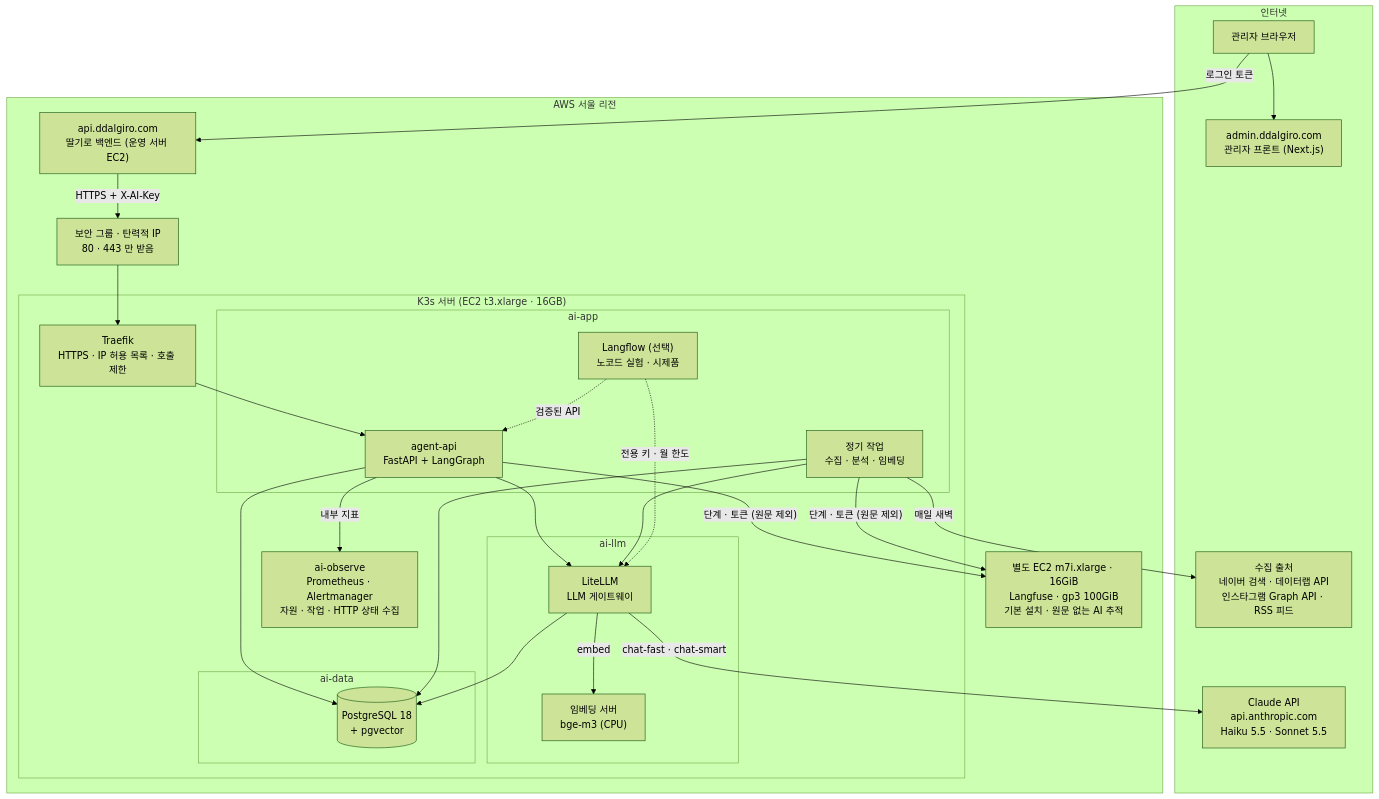
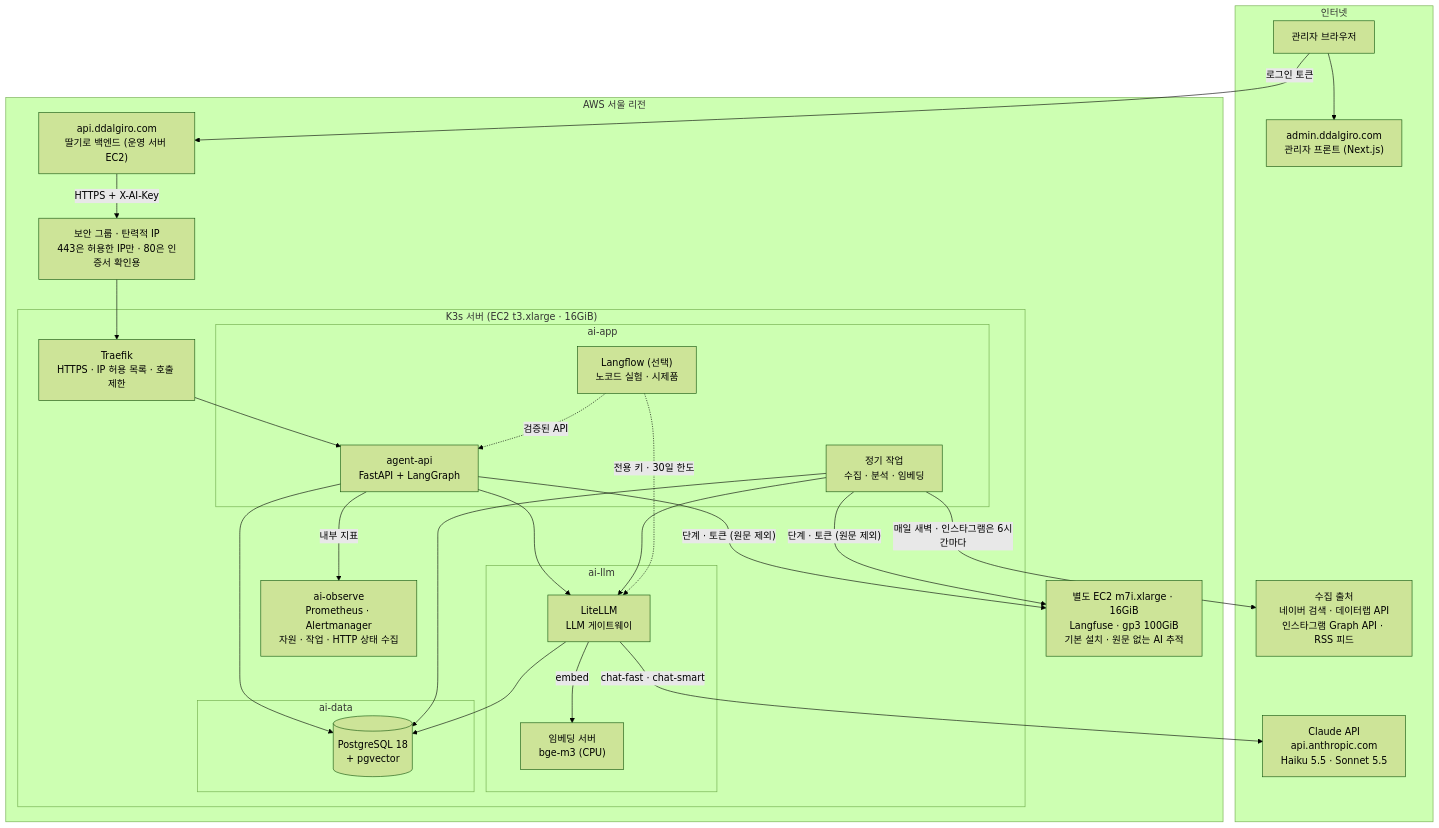
The diagram in docs/00-개요/01-전체-구성-한눈에-보기.md (hsw4606/ddalgiro-ai-agent), drawn with Mermaid (forest theme) before and after one commit. The commit also changed other lines of this file and 31 other files, not shown here.

````diff
--- a/docs/00-개요/01-전체-구성-한눈에-보기.md
+++ b/docs/00-개요/01-전체-구성-한눈에-보기.md
@@ -42,48 +42,48 @@
 ```mermaid
 flowchart TB
     subgraph NET["인터넷"]
         BR["관리자 브라우저"]
         ADM["admin.ddalgiro.com<br/>관리자 프론트 (Next.js)"]
         NAVER["수집 출처<br/>네이버 검색 · 데이터랩 API<br/>인스타그램 Graph API · RSS 피드"]
         CLAUDE["Claude API<br/>api.anthropic.com<br/>Haiku 5.5 · Sonnet 5.5"]
     end
 
     subgraph AWS["AWS 서울 리전"]
         API["api.ddalgiro.com<br/>딸기로 백엔드 (운영 서버 EC2)"]
         TRACE["별도 EC2 m7i.xlarge · 16GiB<br/>Langfuse · gp3 100GiB<br/>기본 설치 · 원문 없는 AI 추적"]
-        SG["보안 그룹 · 탄력적 IP<br/>80 · 443 만 받음"]
-        subgraph K3S["K3s 서버 (EC2 t3.xlarge · 16GB)"]
+        SG["보안 그룹 · 탄력적 IP<br/>443은 허용한 IP만 · 80은 인증서 확인용"]
+        subgraph K3S["K3s 서버 (EC2 t3.xlarge · 16GiB)"]
             TR["Traefik<br/>HTTPS · IP 허용 목록 · 호출 제한"]
             subgraph APP["ai-app"]
                 AG["agent-api<br/>FastAPI + LangGraph"]
                 JOB["정기 작업<br/>수집 · 분석 · 임베딩"]
                 LF["Langflow (선택)<br/>노코드 실험 · 시제품"]
             end
             subgraph LLM["ai-llm"]
                 LL["LiteLLM<br/>LLM 게이트웨이"]
                 TEI["임베딩 서버<br/>bge-m3 (CPU)"]
             end
             OBS["ai-observe<br/>Prometheus · Alertmanager<br/>자원 · 작업 · HTTP 상태 수집"]
             subgraph DATA["ai-data"]
                 PG[("PostgreSQL 18<br/>+ pgvector")]
             end
         end
     end
 
     BR --> ADM
     BR -- "로그인 토큰" --> API
     API -- "HTTPS + X-AI-Key" --> SG --> TR --> AG
     AG -- "단계 · 토큰 (원문 제외)" --> TRACE
     JOB -- "단계 · 토큰 (원문 제외)" --> TRACE
     AG -- "내부 지표" --> OBS
     AG --> LL
     JOB --> LL
     LL -- "chat-fast · chat-smart" --> CLAUDE
     LL -- "embed" --> TEI
     AG --> PG
     JOB --> PG
     LL --> PG
-    JOB -- "매일 새벽" --> NAVER
-    LF -. "전용 키 · 월 한도" .-> LL
+    JOB -- "매일 새벽 · 인스타그램은 6시간마다" --> NAVER
+    LF -. "전용 키 · 30일 한도" .-> LL
     LF -. "검증된 API" .-> AG
 ```
````
